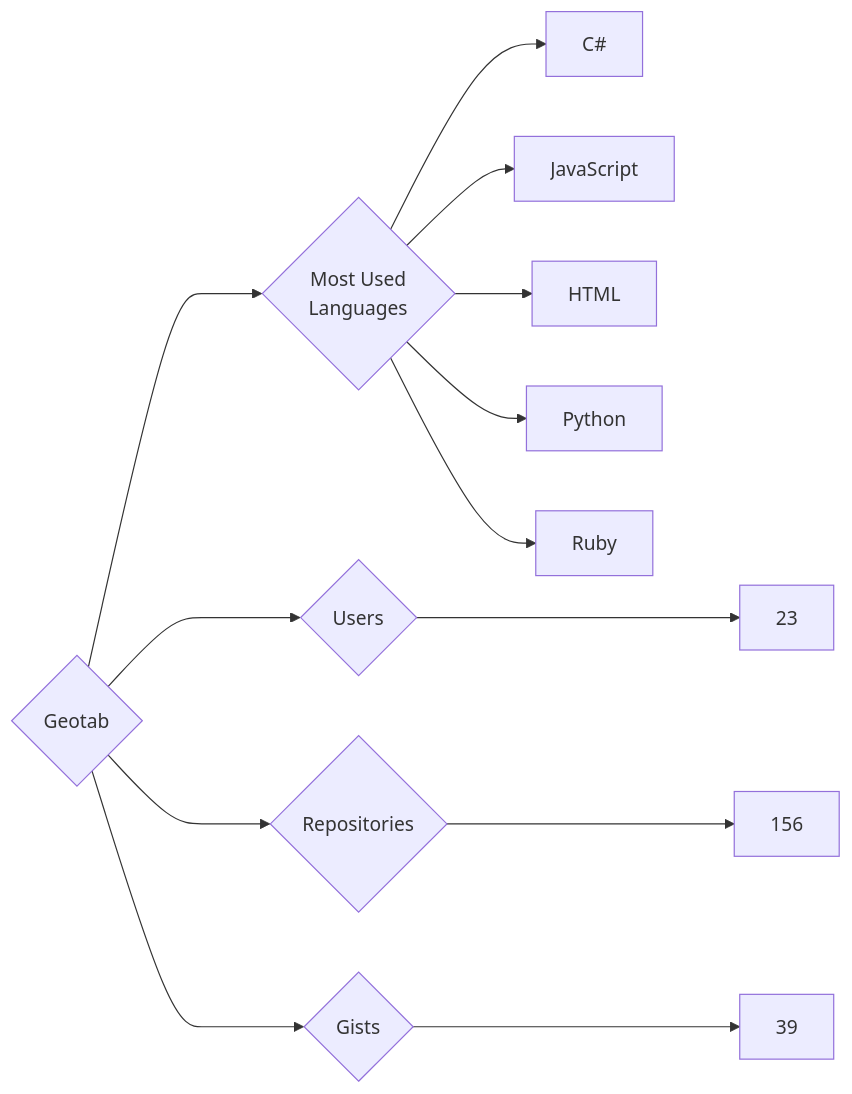
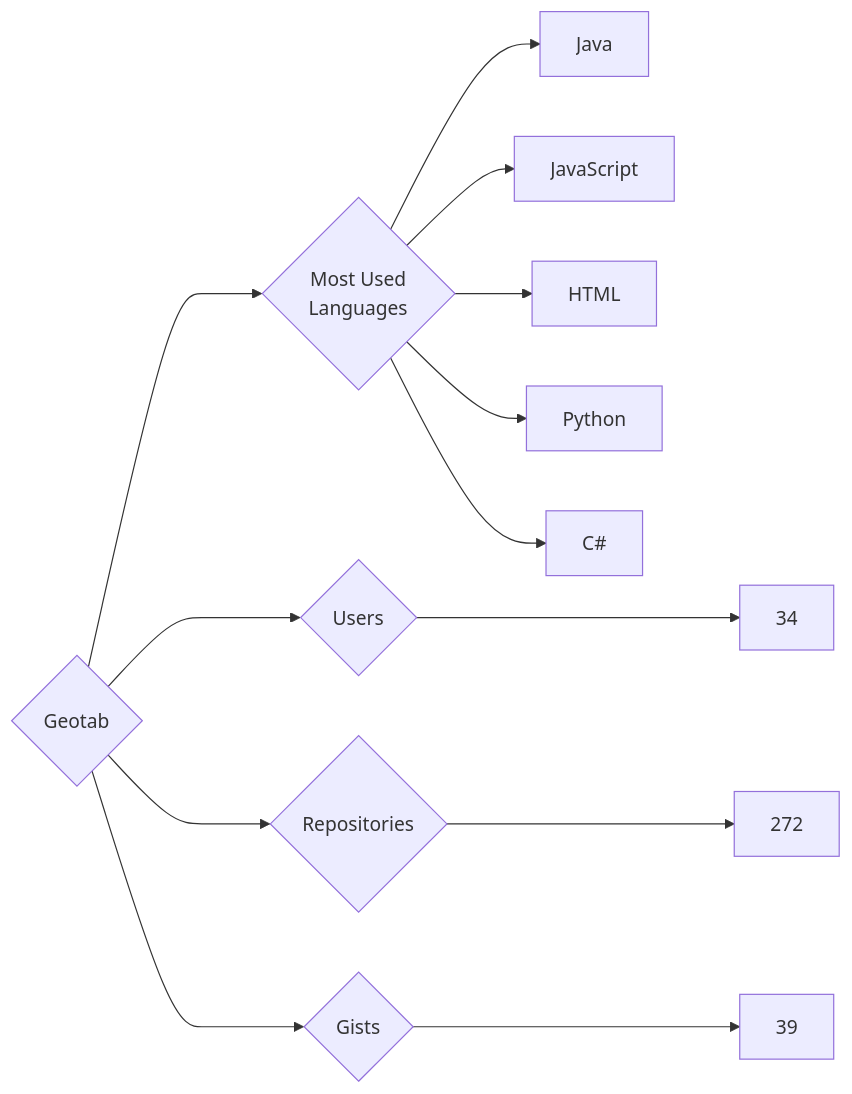
Before and after one commit to trickest/insiders: the diagram in targets/Geotab/README.md, drawn with Mermaid. The commit also changed 874 other files, not shown here.

````diff
--- a/targets/Geotab/README.md
+++ b/targets/Geotab/README.md
@@ -3,13 +3,13 @@
 ```mermaid
 graph LR
 COMPANY_NAME{Geotab}
-COMPANY_NAME ---> U{Users} ---> UN[23]
-COMPANY_NAME ---> R{Repositories} ---> RN[156]
+COMPANY_NAME ---> U{Users} ---> UN[34]
+COMPANY_NAME ---> R{Repositories} ---> RN[272]
 COMPANY_NAME ---> G{Gists} ---> GN[39]
 COMPANY_NAME ---> ML{Most Used<br>Languages}
-ML --> C#[C#]
+ML --> Java[Java]
 ML --> JavaScript[JavaScript]
 ML --> HTML[HTML]
 ML --> Python[Python]
-ML --> Ruby[Ruby]
+ML --> C#[C#]
 ```
````
